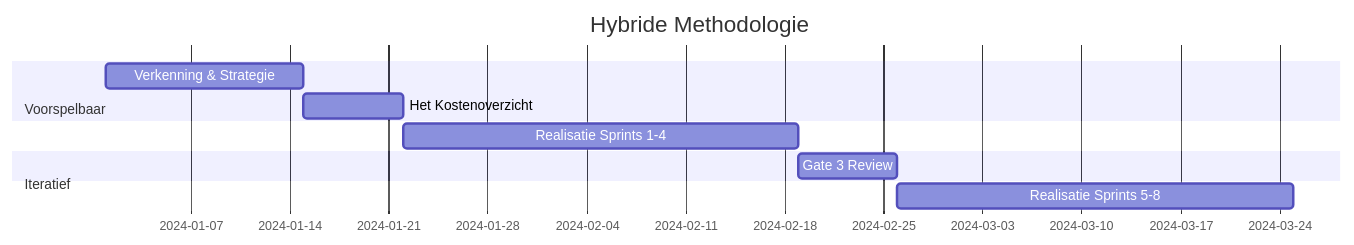
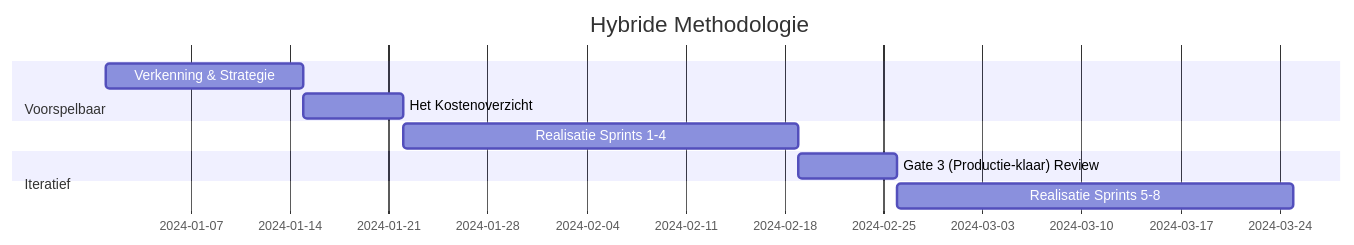
Before and after one commit to vannifr/ai-project-blueprint: the diagram in docs/00-strategisch-kader/02-hybride-methodologie.md, drawn with Mermaid. The commit also changed 25 other files, not shown here.

````diff
--- a/docs/00-strategisch-kader/02-hybride-methodologie.md
+++ b/docs/00-strategisch-kader/02-hybride-methodologie.md
@@ -36,14 +36,14 @@
 ```mermaid
 gantt
     title Hybride Methodologie
     dateFormat  YYYY-MM-DD
     section Voorspelbaar
     Verkenning & Strategie     :p1, 2024-01-01, 2w
     Het Kostenoverzicht          :p2, after p1, 1w
     section Iteratief
     Realisatie Sprints 1-4     :s1, after p2, 4w
     section Voorspelbaar
-    Gate 3 Review              :m1, after s1, 1w
+    Gate 3 (Productie-klaar) Review              :m1, after s1, 1w
     section Iteratief
     Realisatie Sprints 5-8     :s2, after m1, 4w
 ```
````
